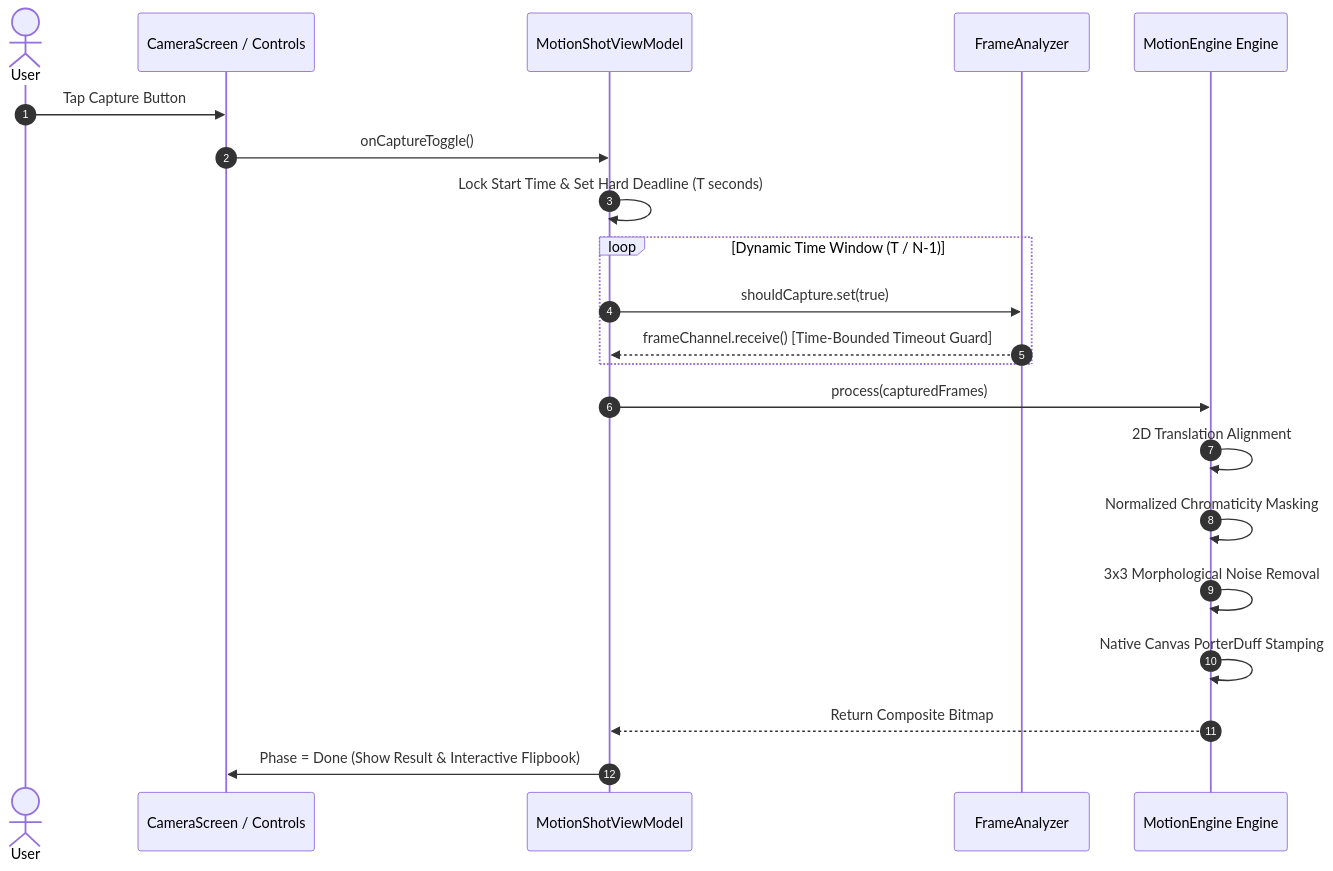
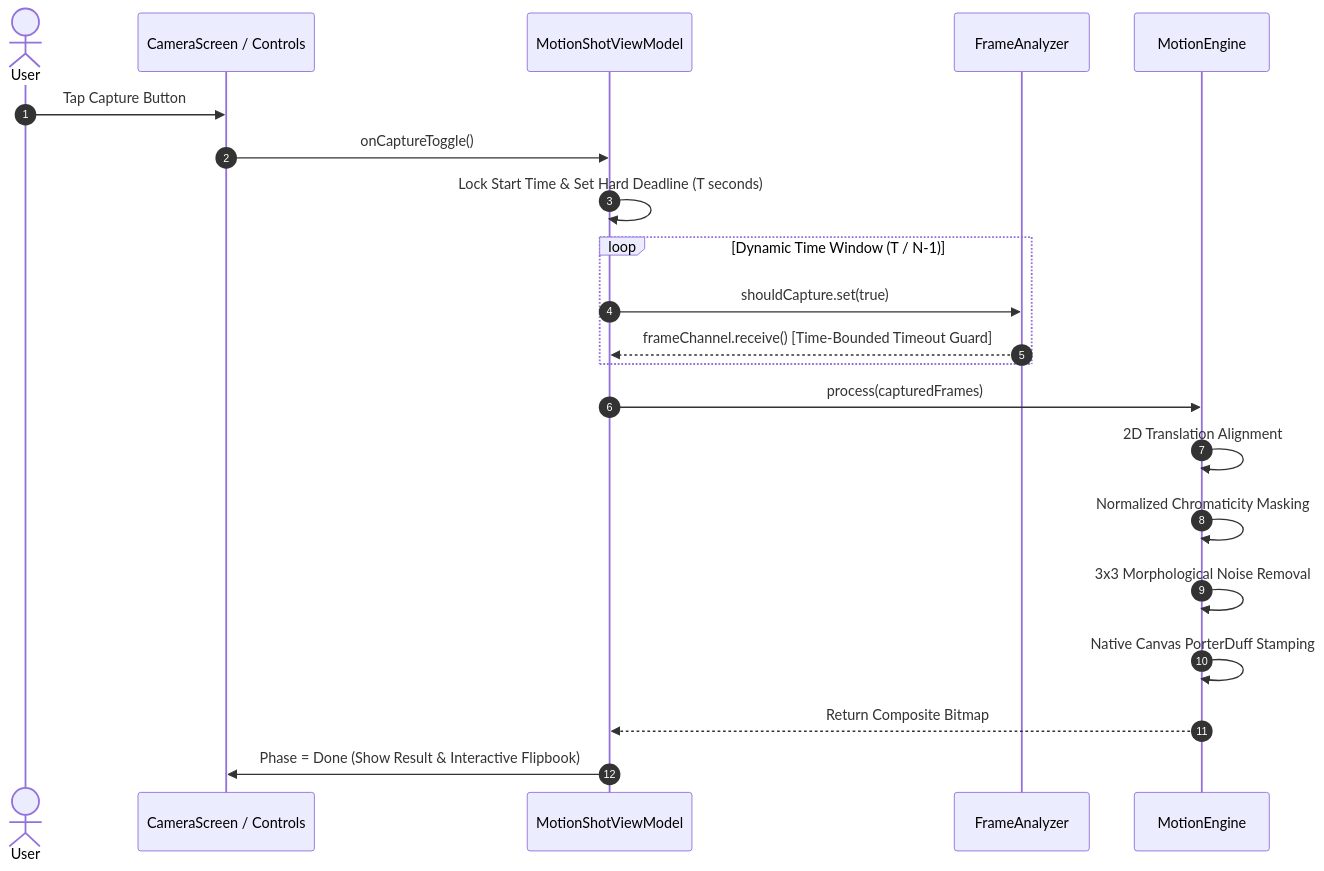
The third of 3 diagrams in README.md (AhmadHassan-BTed/MotionShot), drawn with Mermaid before and after one commit. The commit also changed other lines of this file, not shown here.

Commit message:
docs: remove Mermaid class definitions to simplify architecture diagrams in README

````diff
--- a/README.md
+++ b/README.md
@@ -131,26 +124,26 @@
 ```mermaid
 sequenceDiagram
     autonumber
     actor User
     participant UI as CameraScreen / Controls
     participant VM as MotionShotViewModel
     participant Analyzer as FrameAnalyzer
-    participant Engine as MotionEngine Engine
+    participant Engine as MotionEngine
 
     User->>UI: Tap Capture Button
     UI->>VM: onCaptureToggle()
     VM->>VM: Lock Start Time & Set Hard Deadline (T seconds)
     
     loop Dynamic Time Window (T / N-1)
         VM->>Analyzer: shouldCapture.set(true)
         Analyzer-->>VM: frameChannel.receive() [Time-Bounded Timeout Guard]
     end
 
     VM->>Engine: process(capturedFrames)
     Engine->>Engine: 2D Translation Alignment
     Engine->>Engine: Normalized Chromaticity Masking
     Engine->>Engine: 3x3 Morphological Noise Removal
     Engine->>Engine: Native Canvas PorterDuff Stamping
     Engine-->>VM: Return Composite Bitmap
     VM->>UI: Phase = Done (Show Result & Interactive Flipbook)
 ```
````
